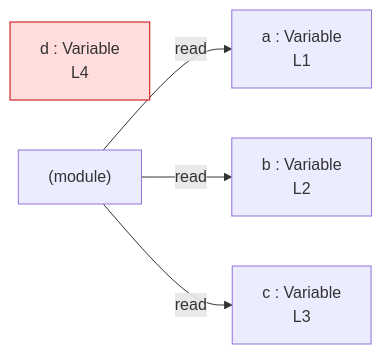
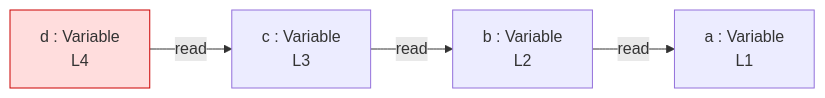
Before and after one commit to crescware/unsnarl: the diagram in integration/fixtures/minimal-const-chain/preview.md, drawn with Mermaid. The commit also changed 38 other files, not shown here.

First line of the commit message:
feat: route Mermaid edges through the initialized variable (owner)

````diff
--- a/integration/fixtures/minimal-const-chain/preview.md
+++ b/integration/fixtures/minimal-const-chain/preview.md
@@ -14,13 +14,12 @@
 ```mermaid
 flowchart LR
   n_scope_0_a_6["a : Variable\nL1"]
   n_scope_0_b_21["b : Variable\nL2"]
   n_scope_0_c_36["c : Variable\nL3"]
   n_scope_0_d_60["d : Variable\nL4"]
-  module_root -->|read| n_scope_0_a_6
-  module_root -->|read| n_scope_0_b_21
-  module_root -->|read| n_scope_0_c_36
-  module_root["(module)"]
+  n_scope_0_b_21 -->|read| n_scope_0_a_6
+  n_scope_0_c_36 -->|read| n_scope_0_b_21
+  n_scope_0_d_60 -->|read| n_scope_0_c_36
   classDef unused fill:#fdd,stroke:#c00;
   class n_scope_0_d_60 unused;
 ```
````
